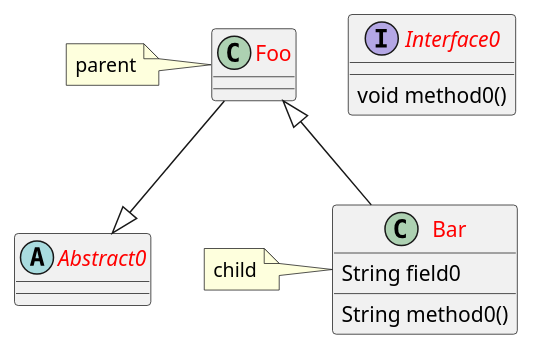
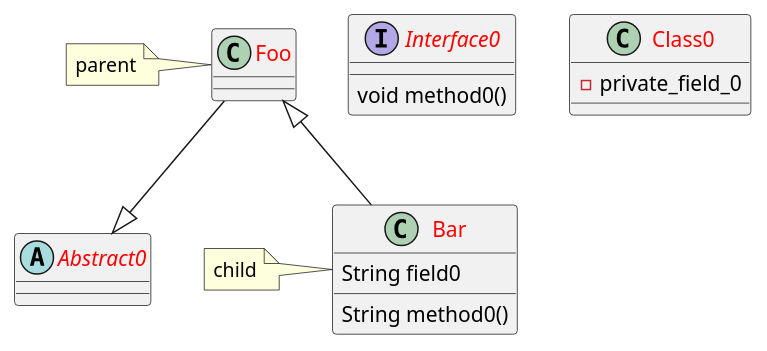
Before and after one commit to wiloon/blog: the second of 10 diagrams in content/post/architecture/plantuml.md, drawn with PlantUML. The commit also changed 2 other files, not shown here.

````diff
--- a/content/post/architecture/plantuml.md
+++ b/content/post/architecture/plantuml.md
@@ -47,23 +47,27 @@
 ```puml
 @startuml
 skinparam classFontColor red
 
 class Foo
 note left: parent
 
 class Bar
 Bar : String field0
 Bar : String method0()
 
 Foo<|--Bar
 note left: child
 
 abstract class Abstract0
 Foo--|>Abstract0
 
 interface Interface0
 
 ' 注意, 接口名和冒号之间必须用空格分隔
 Interface0 : void method0()
+
+class Class0{
+  - private_field_0
+}
 @enduml
 ```
````
